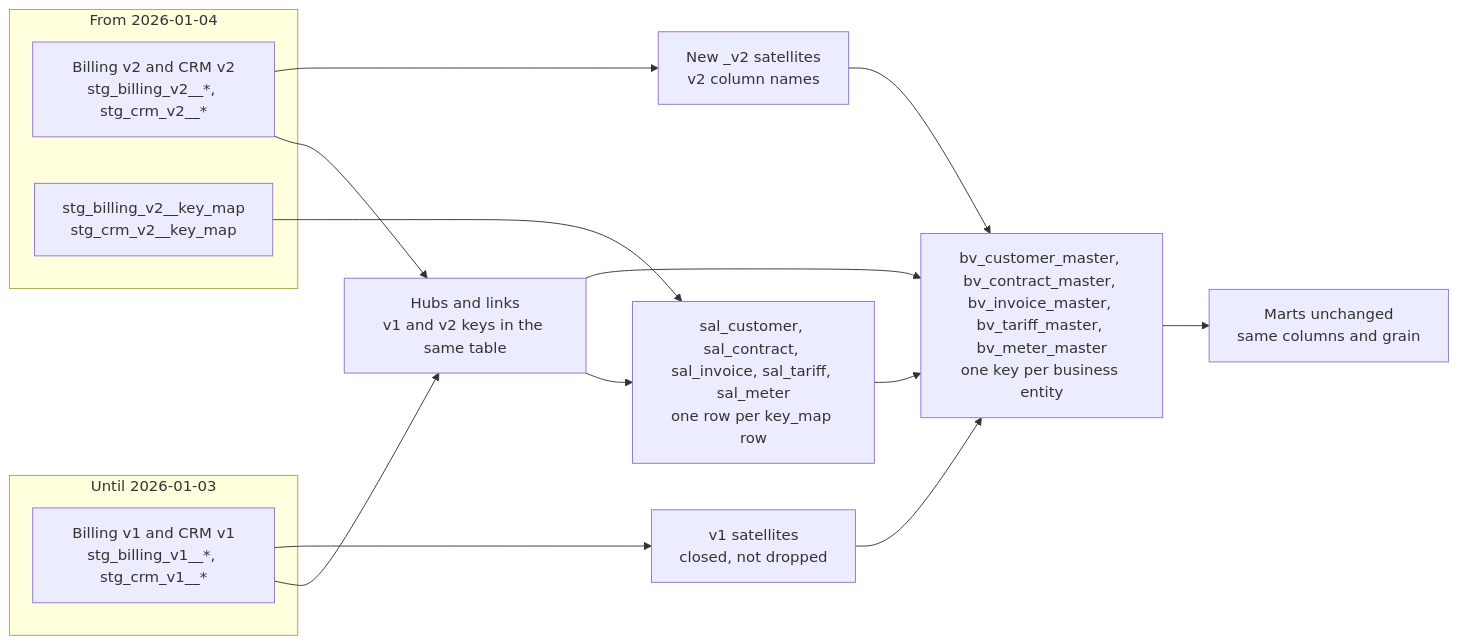
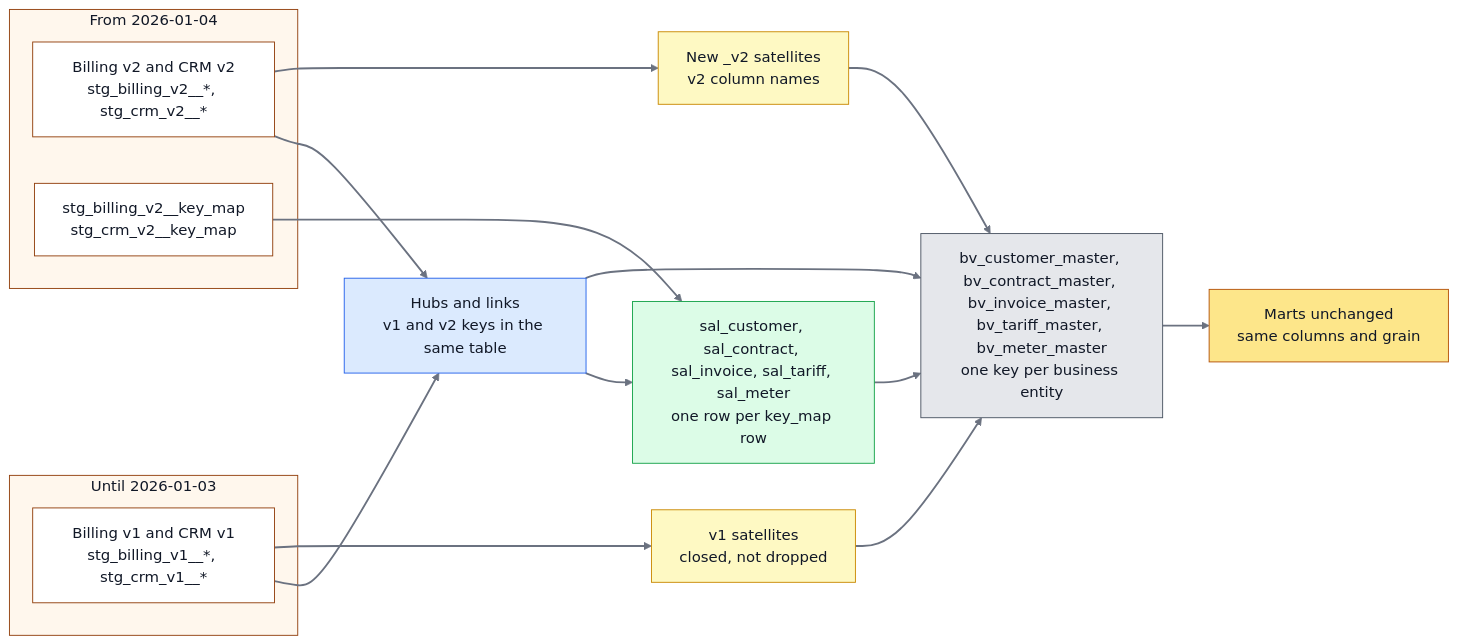
One commit to aglivin/vault-lakehouse-migration changed the third of 6 diagrams in README.md. Above: the diagram before and after it, drawn with Mermaid. The commit also changed other lines of this file and 2 other files, not shown here.

Commit message:
docs: readme with coloured architecture diagrams

````diff
--- a/README.md
+++ b/README.md
@@ -185,27 +122,42 @@
 ```mermaid
 flowchart LR
     subgraph V1["Until 2026-01-03"]
         B1["Billing v1 and CRM v1<br/>stg_billing_v1__*, stg_crm_v1__*"]
     end
     subgraph V2["From 2026-01-04"]
         B2["Billing v2 and CRM v2<br/>stg_billing_v2__*, stg_crm_v2__*"]
         KM["stg_billing_v2__key_map<br/>stg_crm_v2__key_map"]
     end
     HUB["Hubs and links<br/>v1 and v2 keys in the same table"]
     SAL["sal_customer, sal_contract, sal_invoice, sal_tariff, sal_meter<br/>one row per key_map row"]
     S1["v1 satellites<br/>closed, not dropped"]
     S2["New _v2 satellites<br/>v2 column names"]
     BV["bv_customer_master, bv_contract_master, bv_invoice_master, bv_tariff_master, bv_meter_master<br/>one key per business entity"]
     MART["Marts unchanged<br/>same columns and grain"]
     B1 --> HUB
     B2 --> HUB
     KM --> SAL
     HUB --> SAL
     B1 --> S1
     B2 --> S2
     SAL --> BV
     S1 --> BV
     S2 --> BV
     HUB --> BV
     BV --> MART
+    classDef stg fill:#ffffff,stroke:#92400e,color:#111827
+    classDef hub fill:#dbeafe,stroke:#2563eb,color:#111827
+    classDef link fill:#dcfce7,stroke:#16a34a,color:#111827
+    classDef sat fill:#fef9c3,stroke:#ca8a04,color:#111827
+    classDef bv fill:#e5e7eb,stroke:#4b5563,color:#111827
+    classDef mart fill:#fde68a,stroke:#b45309,color:#111827
+    class B1,B2,KM stg
+    class HUB hub
+    class SAL link
+    class S1,S2 sat
+    class BV bv
+    class MART mart
+    style V1 fill:#fff7ed,stroke:#92400e,color:#111827
+    style V2 fill:#fff7ed,stroke:#92400e,color:#111827
+    linkStyle default stroke:#6b7280,stroke-width:2px
 ```
````
